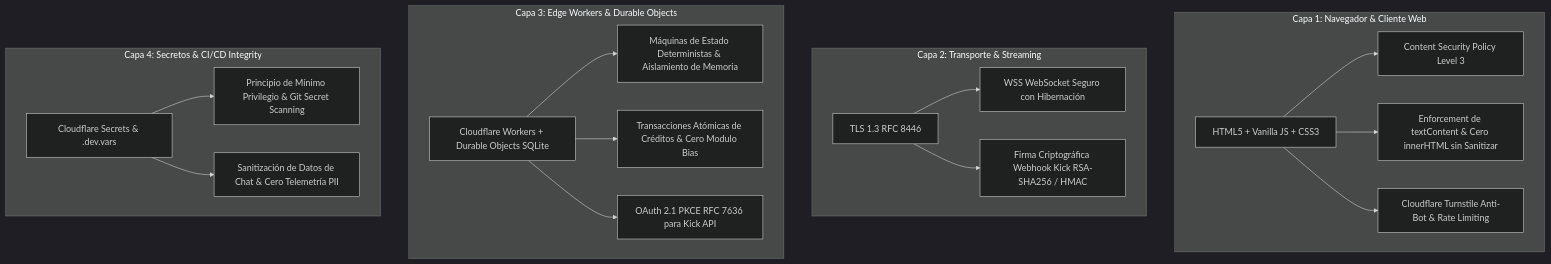
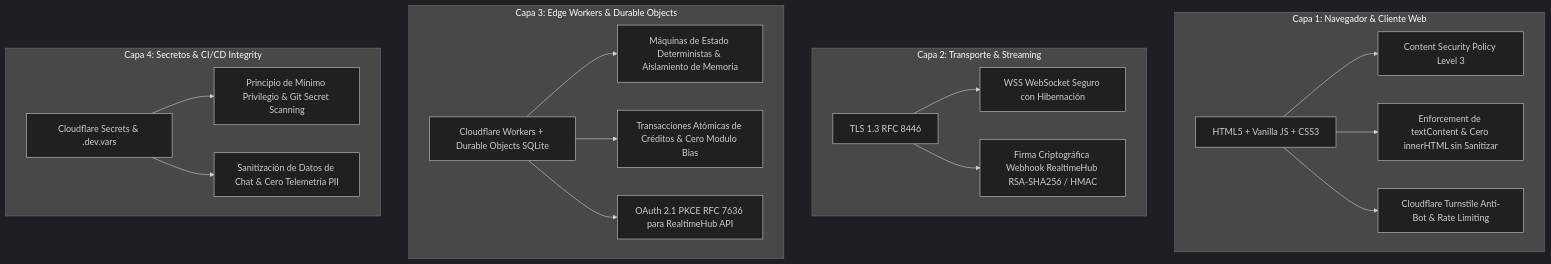
Before and after one commit to thunderalbatros/web-software-factory: the diagram in knowledge/cybersecurity/CYBERSECURITY_MASTER_PROTOCOL.md, drawn with Mermaid (dark theme). The commit also changed other lines of this file and 604 other files, not shown here.

````diff
--- a/knowledge/cybersecurity/CYBERSECURITY_MASTER_PROTOCOL.md
+++ b/knowledge/cybersecurity/CYBERSECURITY_MASTER_PROTOCOL.md
@@ -25,21 +25,21 @@
 ```mermaid
 graph TD
     subgraph Capa 1: Navegador & Cliente Web
         A[HTML5 + Vanilla JS + CSS3] --> B[Content Security Policy Level 3]
         A --> C[Enforcement de textContent & Cero innerHTML sin Sanitizar]
         A --> D[Cloudflare Turnstile Anti-Bot & Rate Limiting]
     end
     subgraph Capa 2: Transporte & Streaming
         E[TLS 1.3 RFC 8446] --> F[WSS WebSocket Seguro con Hibernación]
-        E --> G[Firma Criptográfica Webhook Kick RSA-SHA256 / HMAC]
+        E --> G[Firma Criptográfica Webhook RealtimeHub RSA-SHA256 / HMAC]
     end
     subgraph Capa 3: Edge Workers & Durable Objects
         H[Cloudflare Workers + Durable Objects SQLite] --> I[Máquinas de Estado Deterministas & Aislamiento de Memoria]
         H --> J[Transacciones Atómicas de Créditos & Cero Modulo Bias]
-        H --> K[OAuth 2.1 PKCE RFC 7636 para Kick API]
+        H --> K[OAuth 2.1 PKCE RFC 7636 para RealtimeHub API]
     end
     subgraph Capa 4: Secretos & CI/CD Integrity
         L[Cloudflare Secrets & .dev.vars] --> M[Principio de Mínimo Privilegio & Git Secret Scanning]
         L --> N[Sanitización de Datos de Chat & Cero Telemetría PII]
     end
 ```
````
